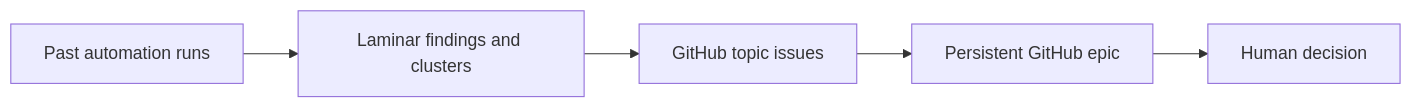
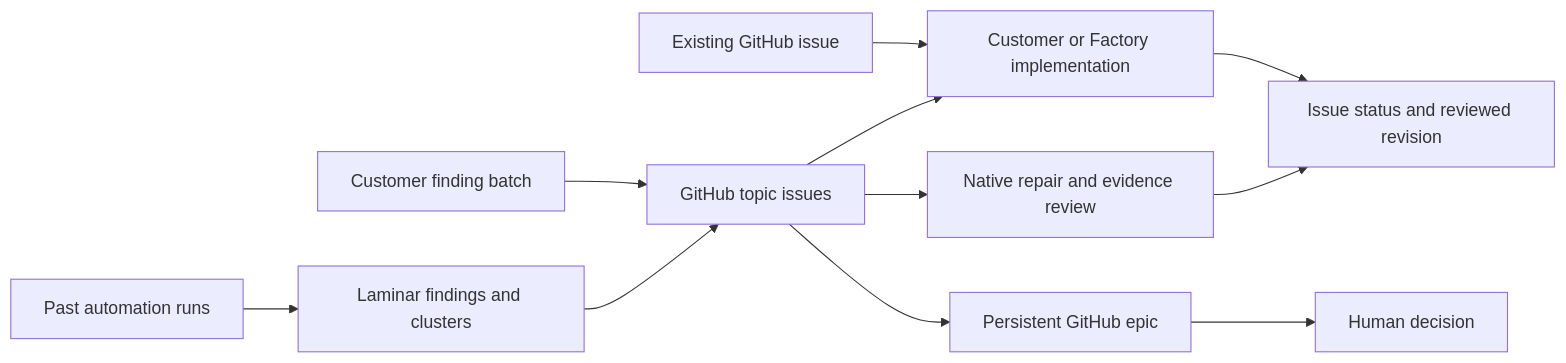
The first of 2 diagrams in automations/weekly-automation-improvement/HOW_IT_WORKS.md (OpenHands/oss-agent-canvas), drawn with Mermaid before and after one commit. The commit also changed other lines of this file and 7 other files, not shown here.

````diff
--- a/automations/weekly-automation-improvement/HOW_IT_WORKS.md
+++ b/automations/weekly-automation-improvement/HOW_IT_WORKS.md
@@ -11,7 +11,13 @@
 ```mermaid
 flowchart LR
     runs["Past automation runs"] --> findings["Laminar findings and clusters"]
     findings --> issues["GitHub topic issues"]
+    batch["Customer finding batch"] --> issues
+    issues --> native["Native repair and evidence review"]
+    issues --> external["Customer or Factory implementation"]
+    filed["Existing GitHub issue"] --> external
+    native --> status["Issue status and reviewed revision"]
+    external --> status
     issues --> epic["Persistent GitHub epic"]
     epic --> human["Human decision"]
 ```
````
